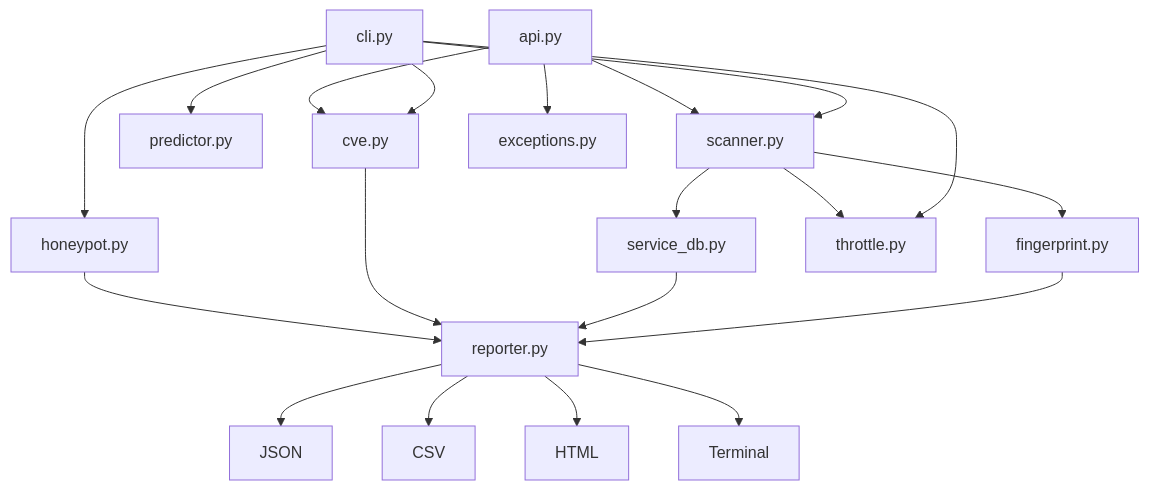
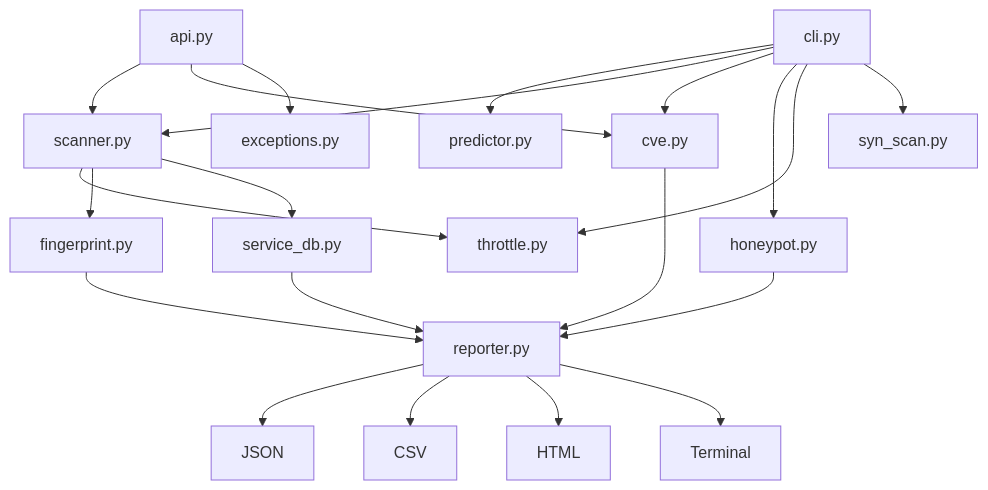
The diagram in README.md (JakobBartoschek/porthawk), drawn with Mermaid before and after one commit. The commit also changed other lines of this file and 9 other files, not shown here.

First line of the commit message:
feat: add half-open SYN scan via raw sockets and Scapy

````diff
--- a/README.md
+++ b/README.md
@@ -46,38 +47,40 @@
 ```mermaid
 flowchart TD
     CLI["cli.py"]
     API["api.py"]
     SCAN["scanner.py"]
     FP["fingerprint.py"]
     PRED["predictor.py"]
     SDB["service_db.py"]
     CVE["cve.py"]
     HP["honeypot.py"]
     TH["throttle.py"]
+    SYN["syn_scan.py"]
     EXC["exceptions.py"]
     REP["reporter.py"]
     OUT_JSON["JSON"]
     OUT_CSV["CSV"]
     OUT_HTML["HTML"]
     OUT_TERM["Terminal"]
 
     CLI --> PRED
     CLI --> SCAN
     CLI --> CVE
     CLI --> HP
     CLI --> TH
+    CLI --> SYN
     API --> SCAN
     SCAN --> TH
     API --> CVE
     API --> EXC
     SCAN --> FP
     SCAN --> SDB
     FP --> REP
     SDB --> REP
     CVE --> REP
     HP --> REP
     REP --> OUT_JSON
     REP --> OUT_CSV
     REP --> OUT_HTML
     REP --> OUT_TERM
 ```
````
